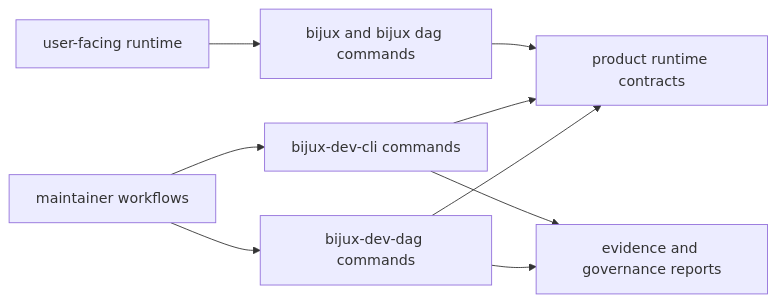
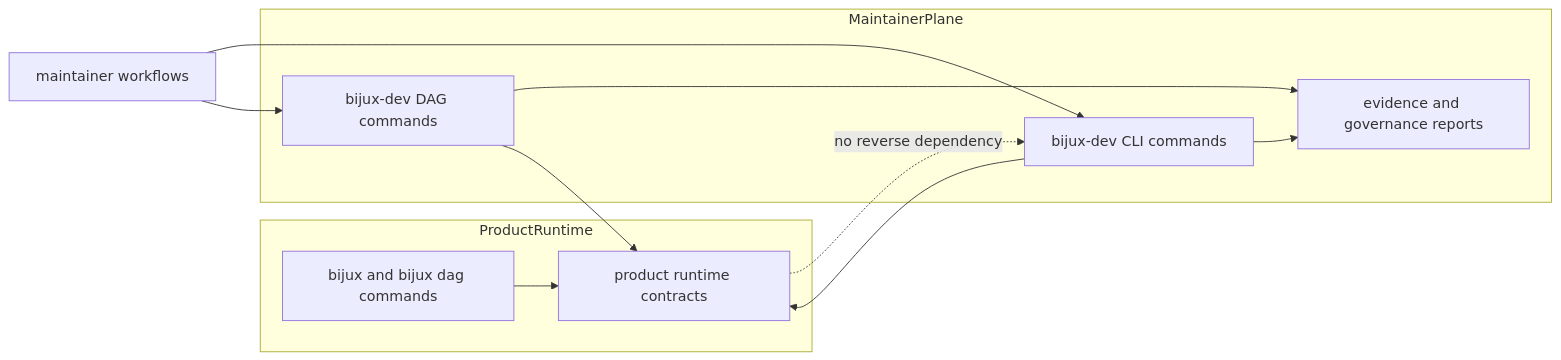
Before and after one commit to bijux/bijux-cli: the diagram in docs/bijux-core/architecture/maintainer-control-plane.md, drawn with Mermaid.

Commit message:
docs(bijux-core): clarify maintainer control-plane seam boundaries

````diff
--- a/docs/bijux-core/architecture/maintainer-control-plane.md
+++ b/docs/bijux-core/architecture/maintainer-control-plane.md
@@ -17,11 +17,22 @@
 ```mermaid
 flowchart LR
-    user[user-facing runtime] --> cli[bijux and bijux dag commands]
-    maintainer[maintainer workflows] --> dev_cli[bijux-dev-cli commands]
-    maintainer --> dev_dag[bijux-dev-dag commands]
-    dev_cli --> reports[evidence and governance reports]
+    subgraph ProductRuntime
+        cli[bijux and bijux dag commands]
+        runtime[product runtime contracts]
+    end
+
+    subgraph MaintainerPlane
+        dev_cli[bijux-dev CLI commands]
+        dev_dag[bijux-dev DAG commands]
+        reports[evidence and governance reports]
+    end
+
+    maintainer[maintainer workflows] --> dev_cli
+    maintainer --> dev_dag
+    dev_cli --> reports
     dev_dag --> reports
-    cli --> runtime[product runtime contracts]
+    cli --> runtime
     dev_cli --> runtime
     dev_dag --> runtime
+    runtime -. no reverse dependency .-> dev_cli
 ```
````
